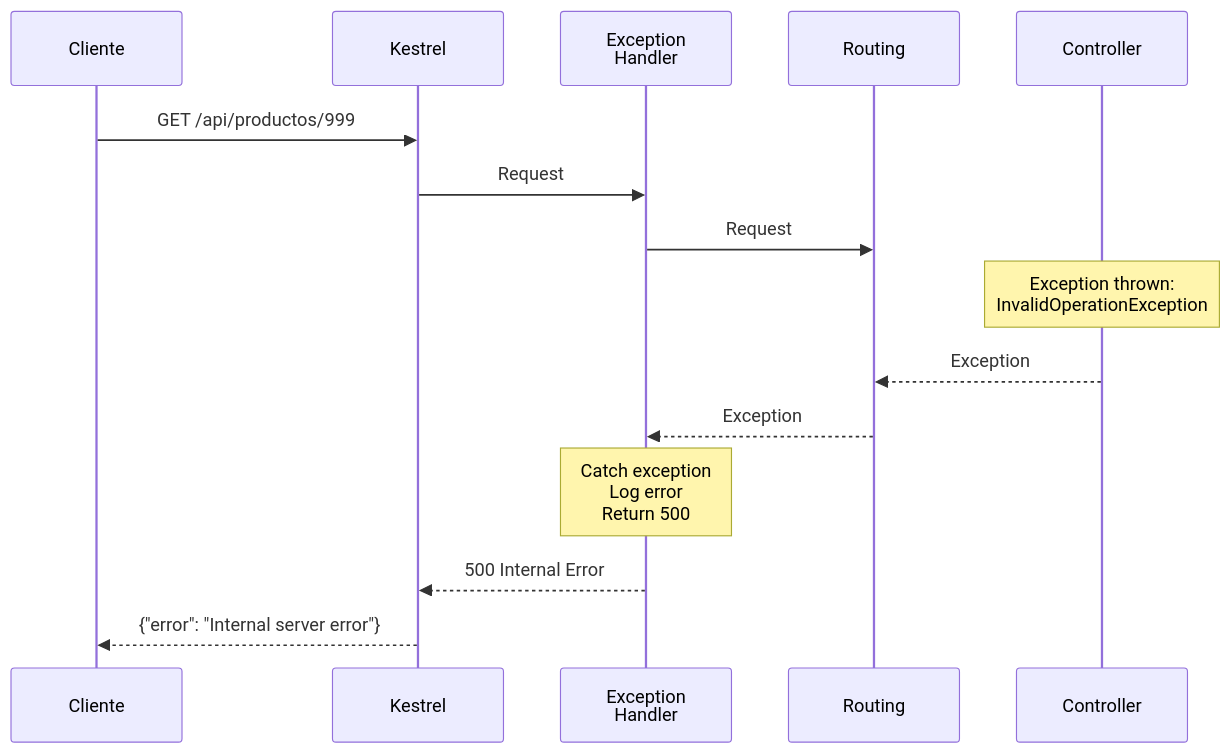
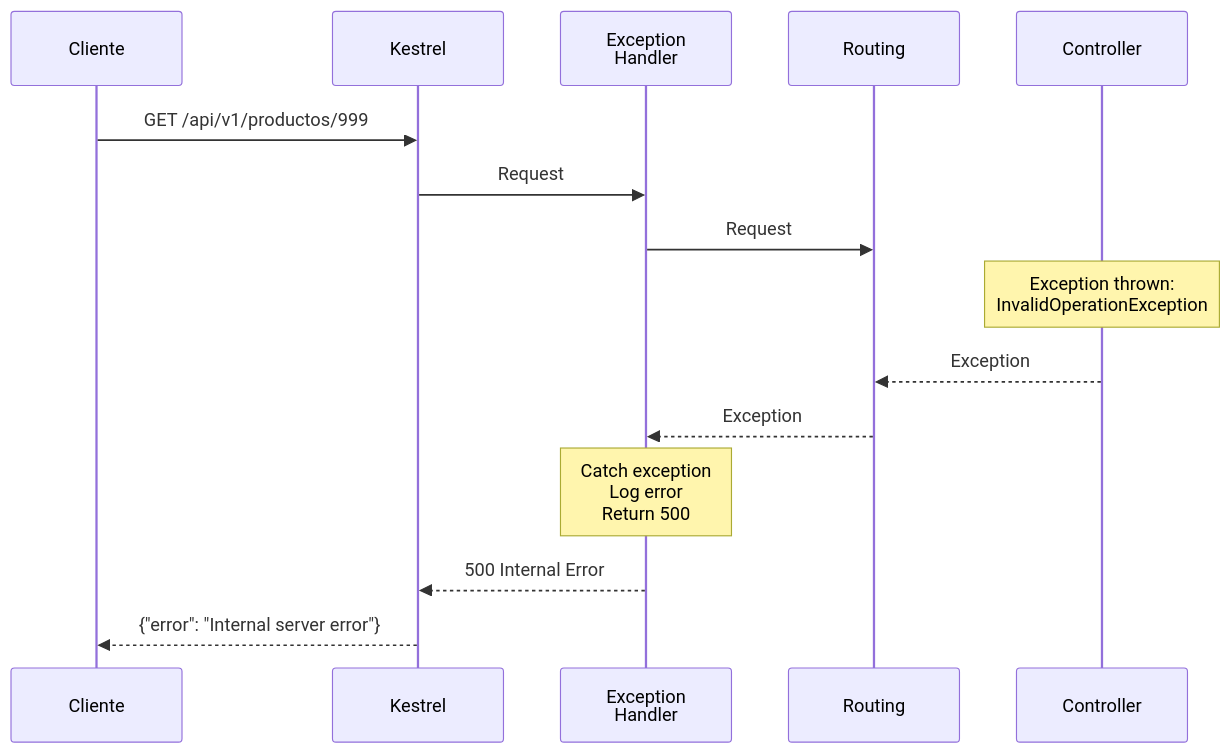
One commit to joseluisgs/TiendaDawApi-NetCore changed the third of 8 diagrams in doc/02-arquitectura-pipeline-http.md. Above: the diagram before and after it, drawn with Mermaid. The commit also changed other lines of this file and 237 other files, not shown here.

````diff
--- a/doc/02-arquitectura-pipeline-http.md
+++ b/doc/02-arquitectura-pipeline-http.md
@@ -250,23 +250,23 @@
 ```mermaid
 sequenceDiagram
     participant C as Cliente
     participant K as Kestrel
     participant M1 as Exception<br/>Handler
     participant M2 as Routing
     participant M3 as Controller
     
-    C->>K: GET /api/productos/999
+    C->>K: GET /api/v1/productos/999
     
     K->>M1: Request
     M1->>M2: Request
     
     Note over M3: Exception thrown:<br/>InvalidOperationException
     
     M3-->>M2: Exception
     M2-->>M1: Exception
     
     Note over M1: Catch exception<br/>Log error<br/>Return 500
     
     M1-->>K: 500 Internal Error
     K-->>C: {"error": "Internal server error"}
 ```
````
